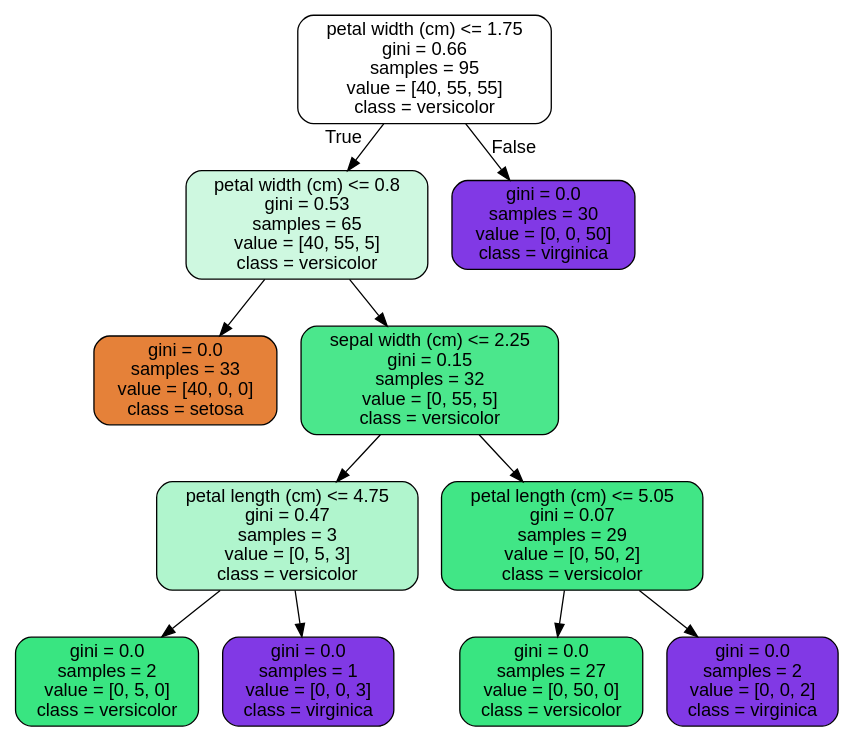
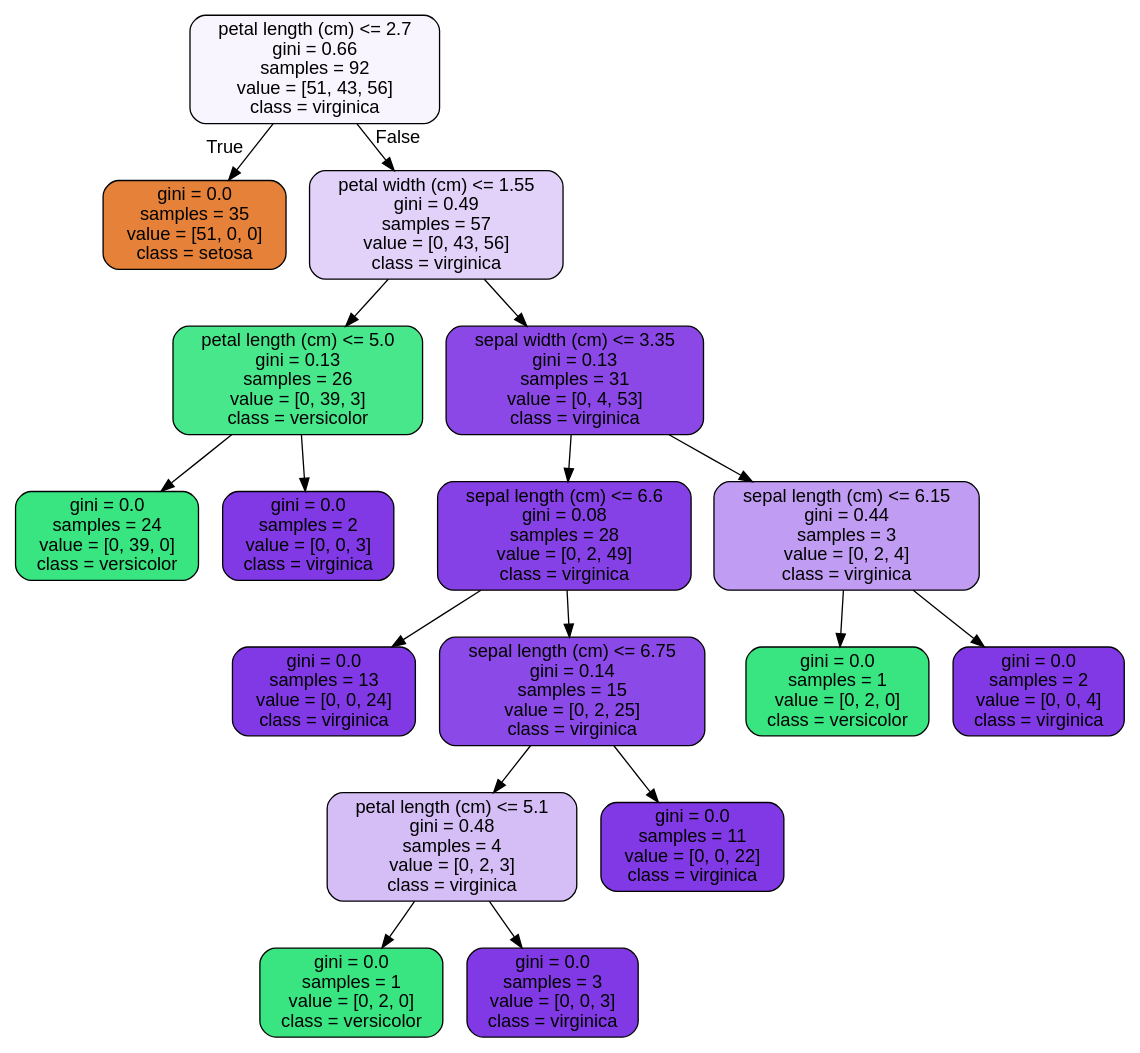
Before and after one commit to Gardenialover/dsc: the diagram in unit 25.4 random forest/1593492590_RandomForest_Covid_Case_Study_06302020/RandomForest Covid Case Study_06302020/tree.dot, drawn with Graphviz. The commit also changed 2 other files, not shown here.

```diff
--- a/unit 25.4 random forest/1593492590_RandomForest_Covid_Case_Study_06302020/RandomForest Covid Case Study_06302020/tree.dot
+++ b/unit 25.4 random forest/1593492590_RandomForest_Covid_Case_Study_06302020/RandomForest Covid Case Study_06302020/tree.dot
@@ -1,25 +1,37 @@
 digraph Tree {
 node [shape=box, style="filled, rounded", color="black", fontname="helvetica"] ;
 edge [fontname="helvetica"] ;
-0 [label="petal width (cm) <= 1.75\ngini = 0.66\nsamples = 95\nvalue = [40, 55, 55]\nclass = versicolor", fillcolor="#ffffff"] ;
-1 [label="petal width (cm) <= 0.8\ngini = 0.53\nsamples = 65\nvalue = [40, 55, 5]\nclass = versicolor", fillcolor="#cef8e0"] ;
+0 [label="petal length (cm) <= 2.7\ngini = 0.66\nsamples = 92\nvalue = [51, 43, 56]\nclass = virginica", fillcolor="#f9f5fe"] ;
+1 [label="gini = 0.0\nsamples = 35\nvalue = [51, 0, 0]\nclass = setosa", fillcolor="#e58139"] ;
 0 -> 1 [labeldistance=2.5, labelangle=45, headlabel="True"] ;
-2 [label="gini = 0.0\nsamples = 33\nvalue = [40, 0, 0]\nclass = setosa", fillcolor="#e58139"] ;
-1 -> 2 ;
-3 [label="sepal width (cm) <= 2.25\ngini = 0.15\nsamples = 32\nvalue = [0, 55, 5]\nclass = versicolor", fillcolor="#4be78c"] ;
-1 -> 3 ;
-4 [label="petal length (cm) <= 4.75\ngini = 0.47\nsamples = 3\nvalue = [0, 5, 3]\nclass = versicolor", fillcolor="#b0f5cd"] ;
+2 [label="petal width (cm) <= 1.55\ngini = 0.49\nsamples = 57\nvalue = [0, 43, 56]\nclass = virginica", fillcolor="#e2d1f9"] ;
+0 -> 2 [labeldistance=2.5, labelangle=-45, headlabel="False"] ;
+3 [label="petal length (cm) <= 5.0\ngini = 0.13\nsamples = 26\nvalue = [0, 39, 3]\nclass = versicolor", fillcolor="#48e78b"] ;
+2 -> 3 ;
+4 [label="gini = 0.0\nsamples = 24\nvalue = [0, 39, 0]\nclass = versicolor", fillcolor="#39e581"] ;
 3 -> 4 ;
-5 [label="gini = 0.0\nsamples = 2\nvalue = [0, 5, 0]\nclass = versicolor", fillcolor="#39e581"] ;
-4 -> 5 ;
-6 [label="gini = 0.0\nsamples = 1\nvalue = [0, 0, 3]\nclass = virginica", fillcolor="#8139e5"] ;
-4 -> 6 ;
-7 [label="petal length (cm) <= 5.05\ngini = 0.07\nsamples = 29\nvalue = [0, 50, 2]\nclass = versicolor", fillcolor="#41e686"] ;
-3 -> 7 ;
-8 [label="gini = 0.0\nsamples = 27\nvalue = [0, 50, 0]\nclass = versicolor", fillcolor="#39e581"] ;
+5 [label="gini = 0.0\nsamples = 2\nvalue = [0, 0, 3]\nclass = virginica", fillcolor="#8139e5"] ;
+3 -> 5 ;
+6 [label="sepal width (cm) <= 3.35\ngini = 0.13\nsamples = 31\nvalue = [0, 4, 53]\nclass = virginica", fillcolor="#8b48e7"] ;
+2 -> 6 ;
+7 [label="sepal length (cm) <= 6.6\ngini = 0.08\nsamples = 28\nvalue = [0, 2, 49]\nclass = virginica", fillcolor="#8641e6"] ;
+6 -> 7 ;
+8 [label="gini = 0.0\nsamples = 13\nvalue = [0, 0, 24]\nclass = virginica", fillcolor="#8139e5"] ;
 7 -> 8 ;
-9 [label="gini = 0.0\nsamples = 2\nvalue = [0, 0, 2]\nclass = virginica", fillcolor="#8139e5"] ;
+9 [label="sepal length (cm) <= 6.75\ngini = 0.14\nsamples = 15\nvalue = [0, 2, 25]\nclass = virginica", fillcolor="#8b49e7"] ;
 7 -> 9 ;
-10 [label="gini = 0.0\nsamples = 30\nvalue = [0, 0, 50]\nclass = virginica", fillcolor="#8139e5"] ;
-0 -> 10 [labeldistance=2.5, labelangle=-45, headlabel="False"] ;
+10 [label="petal length (cm) <= 5.1\ngini = 0.48\nsamples = 4\nvalue = [0, 2, 3]\nclass = virginica", fillcolor="#d5bdf6"] ;
+9 -> 10 ;
+11 [label="gini = 0.0\nsamples = 1\nvalue = [0, 2, 0]\nclass = versicolor", fillcolor="#39e581"] ;
+10 -> 11 ;
+12 [label="gini = 0.0\nsamples = 3\nvalue = [0, 0, 3]\nclass = virginica", fillcolor="#8139e5"] ;
+10 -> 12 ;
+13 [label="gini = 0.0\nsamples = 11\nvalue = [0, 0, 22]\nclass = virginica", fillcolor="#8139e5"] ;
+9 -> 13 ;
+14 [label="sepal length (cm) <= 6.15\ngini = 0.44\nsamples = 3\nvalue = [0, 2, 4]\nclass = virginica", fillcolor="#c09cf2"] ;
+6 -> 14 ;
+15 [label="gini = 0.0\nsamples = 1\nvalue = [0, 2, 0]\nclass = versicolor", fillcolor="#39e581"] ;
+14 -> 15 ;
+16 [label="gini = 0.0\nsamples = 2\nvalue = [0, 0, 4]\nclass = virginica", fillcolor="#8139e5"] ;
+14 -> 16 ;
 }
```
